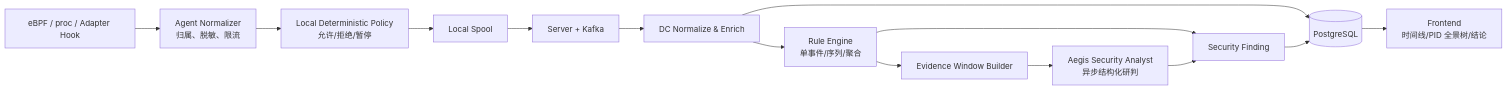
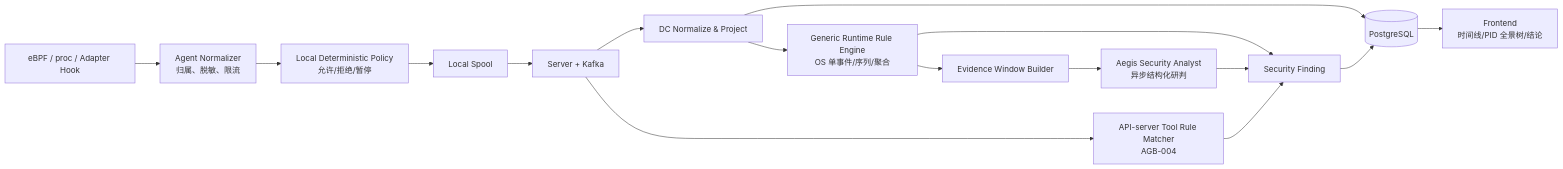
Before and after one commit to alex-chenc/aegis: the diagram in docs/aegis_system_design_v6.2/agent_behavior_telemetry_and_analysis_design_v6.2.md, drawn with Mermaid. The commit also changed other lines of this file and 138 other files, not shown here.

````diff
--- a/docs/aegis_system_design_v6.2/agent_behavior_telemetry_and_analysis_design_v6.2.md
+++ b/docs/aegis_system_design_v6.2/agent_behavior_telemetry_and_analysis_design_v6.2.md
@@ -319,29 +344,32 @@
 ```mermaid
 flowchart LR
   S["eBPF / proc / Adapter Hook"]
   N["Agent Normalizer<br/>归属、脱敏、限流"]
   L["Local Deterministic Policy<br/>允许/拒绝/暂停"]
   Q["Local Spool"]
   K["Server + Kafka"]
-  D["DC Normalize & Enrich"]
-  R["Rule Engine<br/>单事件/序列/聚合"]
+  D["DC Normalize & Project"]
+  R["Generic Runtime Rule Engine<br/>OS 单事件/序列/聚合"]
+  T["API-server Tool Rule Matcher<br/>AGB-004"]
   W["Evidence Window Builder"]
   A["Aegis Security Analyst<br/>异步结构化研判"]
   F["Security Finding"]
   DB[("PostgreSQL")]
   UI["Frontend<br/>时间线/PID 全景树/结论"]
 
   S --> N
   N --> L
   L --> Q
   Q --> K
   K --> D
   D --> DB
   D --> R
   R --> F
+  K --> T
+  T --> F
   R --> W
   W --> A
   A --> F
   F --> DB
   DB --> UI
 ```
````
